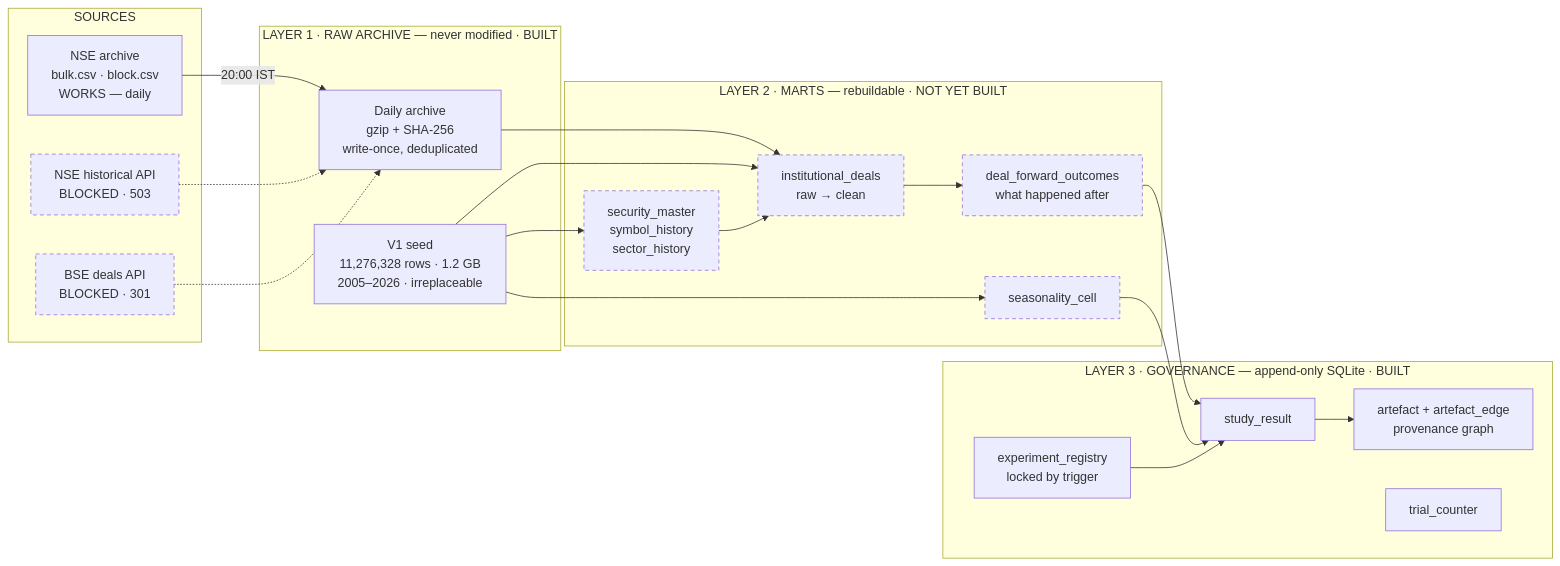
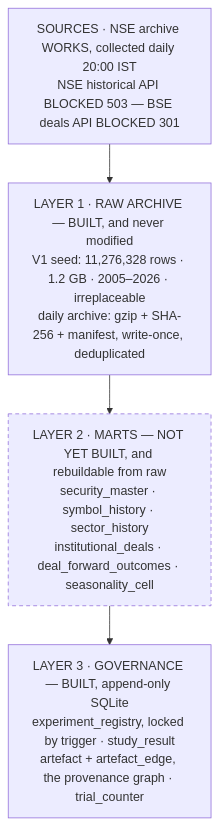
Before and after one commit to markandeyavarma3-lab/MICC_V3: the first of 4 diagrams in docs/report/PROJECT_REPORT.md, drawn with Mermaid. The commit also changed other lines of this file and 3 other files, not shown here.

First line of the commit message:
report: size the diagrams for the reader, not just the pixel count

````diff
--- a/docs/report/PROJECT_REPORT.md
+++ b/docs/report/PROJECT_REPORT.md
@@ -575,44 +575,12 @@
 ```mermaid
-flowchart LR
-  subgraph EXT["SOURCES"]
-    NSE["NSE archive<br/>bulk.csv · block.csv<br/>WORKS — daily"]
-    NSEH["NSE historical API<br/>BLOCKED · 503"]
-    BSE["BSE deals API<br/>BLOCKED · 301"]
-  end
+flowchart TB
+  SRC["SOURCES · NSE archive WORKS, collected daily 20:00 IST<br/>NSE historical API BLOCKED 503 — BSE deals API BLOCKED 301"]
+  RAW["LAYER 1 · RAW ARCHIVE — BUILT, and never modified<br/>V1 seed: 11,276,328 rows · 1.2 GB · 2005–2026 · irreplaceable<br/>daily archive: gzip + SHA-256 + manifest, write-once, deduplicated"]
+  MART["LAYER 2 · MARTS — NOT YET BUILT, and rebuildable from raw<br/>security_master · symbol_history · sector_history<br/>institutional_deals · deal_forward_outcomes · seasonality_cell"]
+  GOV["LAYER 3 · GOVERNANCE — BUILT, append-only SQLite<br/>experiment_registry, locked by trigger · study_result<br/>artefact + artefact_edge, the provenance graph · trial_counter"]
 
-  subgraph RAW["LAYER 1 · RAW ARCHIVE — never modified · BUILT"]
-    SEED["V1 seed<br/>11,276,328 rows · 1.2 GB<br/>2005–2026 · irreplaceable"]
-    ARCH["Daily archive<br/>gzip + SHA-256<br/>write-once, deduplicated"]
-  end
-
-  subgraph MART["LAYER 2 · MARTS — rebuildable · NOT YET BUILT"]
-    SEC["security_master<br/>symbol_history<br/>sector_history"]
-    DEAL["institutional_deals<br/>raw → clean"]
-    OUT["deal_forward_outcomes<br/>what happened after"]
-    SEAS["seasonality_cell"]
-  end
-
-  subgraph GOV["LAYER 3 · GOVERNANCE — append-only SQLite · BUILT"]
-    REG["experiment_registry<br/>locked by trigger"]
-    RES["study_result"]
-    DAG["artefact + artefact_edge<br/>provenance graph"]
-    TC["trial_counter"]
-  end
-
-  NSE -->|"20:00 IST"| ARCH
-  NSEH -.-> ARCH
-  BSE -.-> ARCH
-  SEED --> SEC
-  ARCH --> DEAL
-  SEED --> DEAL
-  SEC --> DEAL
-  DEAL --> OUT
-  SEED --> SEAS
-  OUT --> RES
-  SEAS --> RES
-  REG --> RES
-  RES --> DAG
+  SRC --> RAW --> MART --> GOV
 
   classDef pending stroke-dasharray:5 4
-  class NSEH,BSE,SEC,DEAL,OUT,SEAS pending
+  class MART pending
 ```
````
